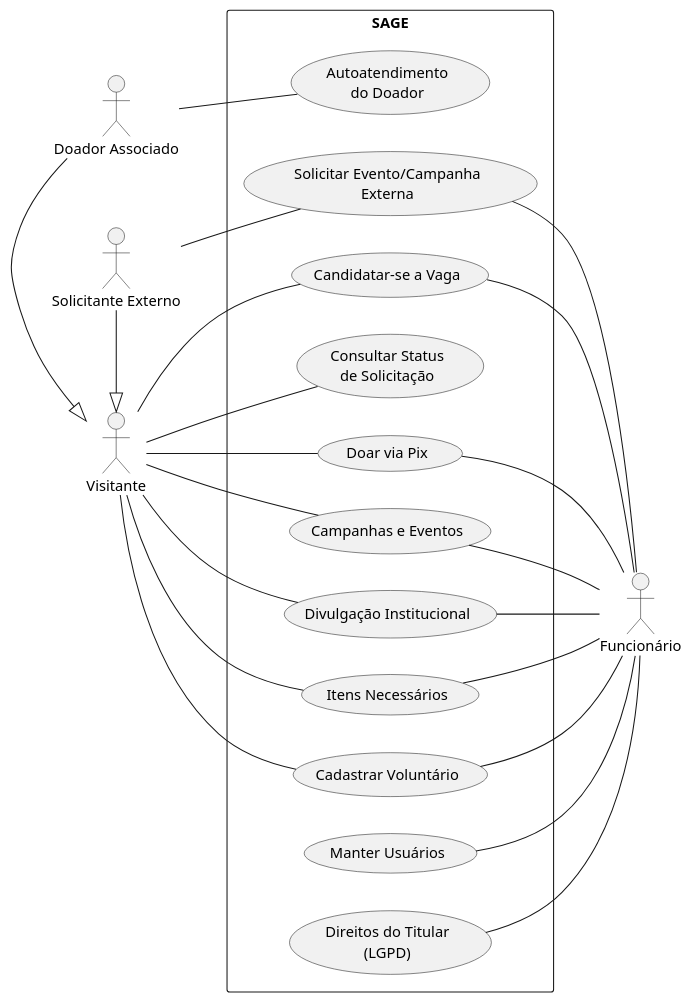
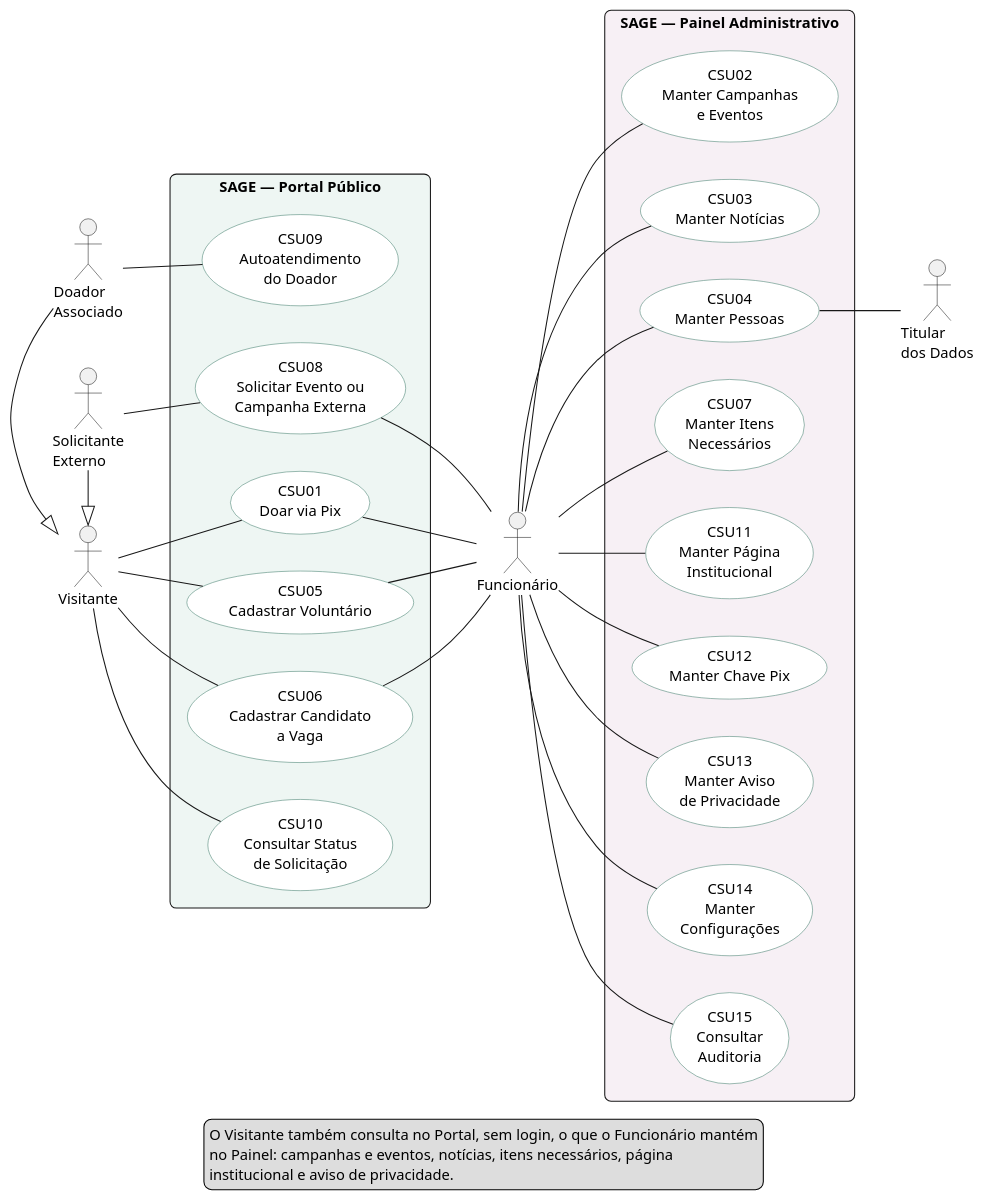
One commit to juAfonso/TCC-Recanto-dos-Velhinhos changed the diagram in docs/diagrama-casos-de-uso.puml. Above: the diagram before and after it, drawn with PlantUML. The commit also changed 9 other files, not shown here.

First line of the commit message:
Casos de uso alinhados ao DER: 15 CSUs, seis detalhados no TCC

```diff
--- a/docs/diagrama-casos-de-uso.puml
+++ b/docs/diagrama-casos-de-uso.puml
@@ -1,49 +1,83 @@
 @startuml casos-de-uso
-' SAGE — Diagrama de casos de uso (CSU01 a CSU11)
-' Atores do Portal à esquerda; Funcionário (Painel) à direita.
+' SAGE — Diagrama de casos de uso (CSU01 a CSU15), revisão de 2026-11-11.
+' Um só diagrama, com o sistema em duas áreas lado a lado:
+'   atores do Portal | Portal Público | Funcionário | Painel Administrativo | Titular
+' O Funcionário fica entre as duas áreas, para se ligar às duas sem que nenhuma
+' linha atravesse a outra. Os casos de uso com triagem ou conferência (CSU01, 05,
+' 06 e 08) ficam no Portal, onde começam, e se ligam também ao Funcionário.
+' O Visitante consulta no Portal, sem login, o que é mantido no Painel; isso está
+' na legenda, e não em linhas, para o diagrama não ficar poluído.
 left to right direction
 skinparam packageStyle rectangle
+skinparam shadowing false
+skinparam defaultFontName Arial
+skinparam rectangle {
+  RoundCorner 12
+}
+skinparam usecase {
+  BackgroundColor #FFFFFF
+  BorderColor #3E7B6A
+}
 
 actor "Visitante" as Visitante
-actor "Doador Associado" as Associado
-actor "Solicitante Externo" as Solicitante
+actor "Doador\nAssociado" as Associado
+actor "Solicitante\nExterno" as Solicitante
 actor "Funcionário" as Funcionario
+actor "Titular\ndos Dados" as Titular
 
 Associado -|> Visitante
 Solicitante -|> Visitante
 
-rectangle "SAGE" {
-  usecase "Doar via Pix" as UC01
-  usecase "Campanhas e Eventos" as UC02
-  usecase "Divulgação Institucional" as UC03
-  usecase "Itens Necessários" as UC07
-  usecase "Cadastrar Voluntário" as UC05
-  usecase "Candidatar-se a Vaga" as UC06
-  usecase "Consultar Status\nde Solicitação" as UC10
-  usecase "Solicitar Evento/Campanha\nExterna" as UC08
-  usecase "Autoatendimento\ndo Doador" as UC09
-  usecase "Manter Usuários" as UC04
-  usecase "Direitos do Titular\n(LGPD)" as UC11
+rectangle "SAGE — Portal Público" as Portal #EEF6F3 {
+  usecase "CSU01\nDoar via Pix" as UC01
+  usecase "CSU05\nCadastrar Voluntário" as UC05
+  usecase "CSU06\nCadastrar Candidato\na Vaga" as UC06
+  usecase "CSU08\nSolicitar Evento ou\nCampanha Externa" as UC08
+  usecase "CSU09\nAutoatendimento\ndo Doador" as UC09
+  usecase "CSU10\nConsultar Status\nde Solicitação" as UC10
 }
 
+rectangle "SAGE — Painel Administrativo" as Painel #F7F0F5 {
+  usecase "CSU02\nManter Campanhas\ne Eventos" as UC02
+  usecase "CSU03\nManter Notícias" as UC03
+  usecase "CSU04\nManter Pessoas" as UC04
+  usecase "CSU07\nManter Itens\nNecessários" as UC07
+  usecase "CSU11\nManter Página\nInstitucional" as UC11
+  usecase "CSU12\nManter Chave Pix" as UC12
+  usecase "CSU13\nManter Aviso\nde Privacidade" as UC13
+  usecase "CSU14\nManter\nConfigurações" as UC14
+  usecase "CSU15\nConsultar\nAuditoria" as UC15
+}
+
+legend bottom
+  O Visitante também consulta no Portal, sem login, o que o Funcionário mantém
+  no Painel: campanhas e eventos, notícias, itens necessários, página
+  institucional e aviso de privacidade.
+endlegend
+
+' Portal Público
 Visitante -- UC01
-Visitante -- UC02
-Visitante -- UC03
-Visitante -- UC07
 Visitante -- UC05
 Visitante -- UC06
 Visitante -- UC10
 Solicitante -- UC08
 Associado -- UC09
 
-' O caso de uso vem antes para o Funcionário ficar à direita
+' Triagem e conferência do que chega pelo Portal
 UC01 -- Funcionario
-UC02 -- Funcionario
-UC03 -- Funcionario
-UC07 -- Funcionario
 UC05 -- Funcionario
 UC06 -- Funcionario
 UC08 -- Funcionario
-UC04 -- Funcionario
-UC11 -- Funcionario
+
+' Painel Administrativo
+Funcionario -- UC02
+Funcionario -- UC03
+Funcionario -- UC04
+Funcionario -- UC07
+Funcionario -- UC11
+Funcionario -- UC12
+Funcionario -- UC13
+Funcionario -- UC14
+Funcionario -- UC15
+UC04 -- Titular
 @enduml
```
